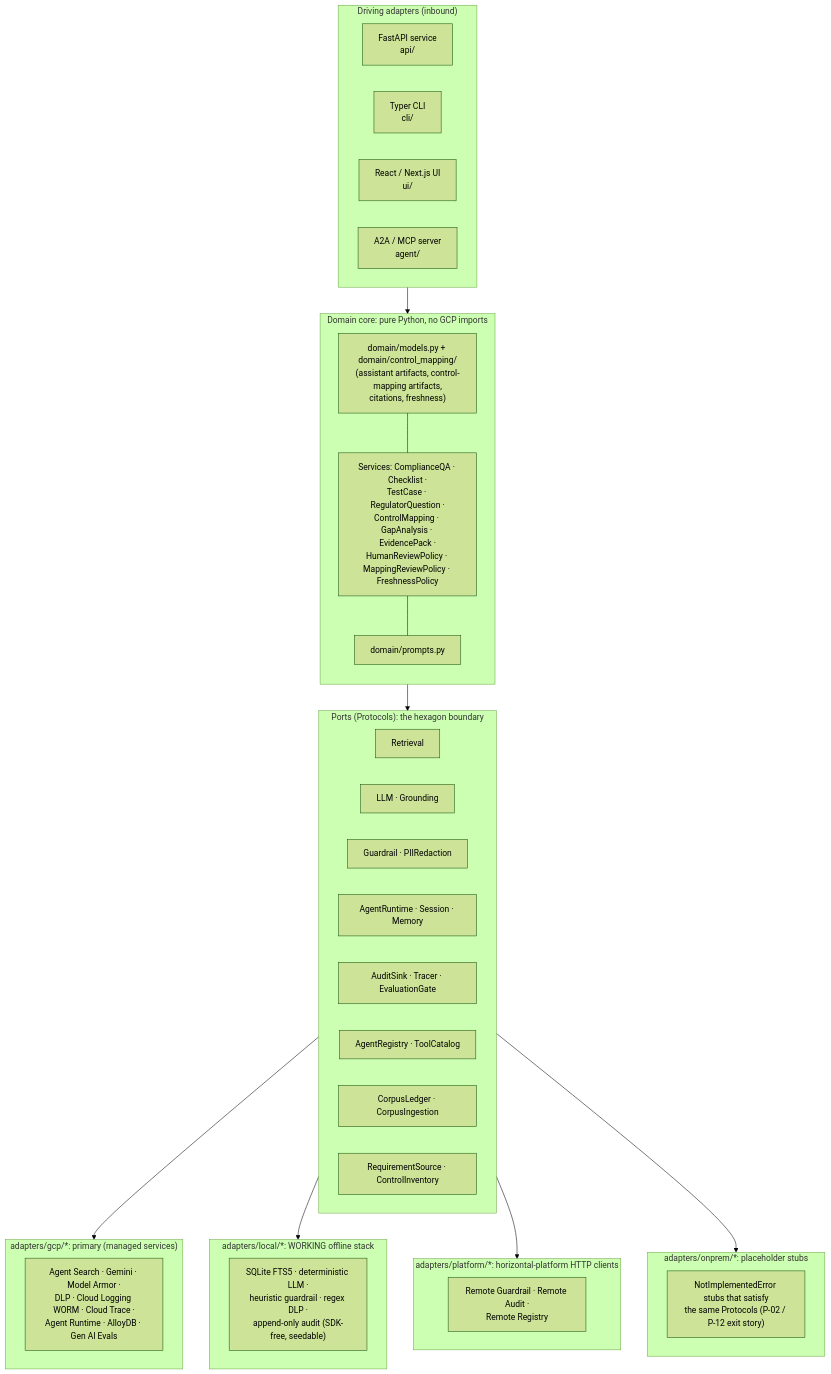
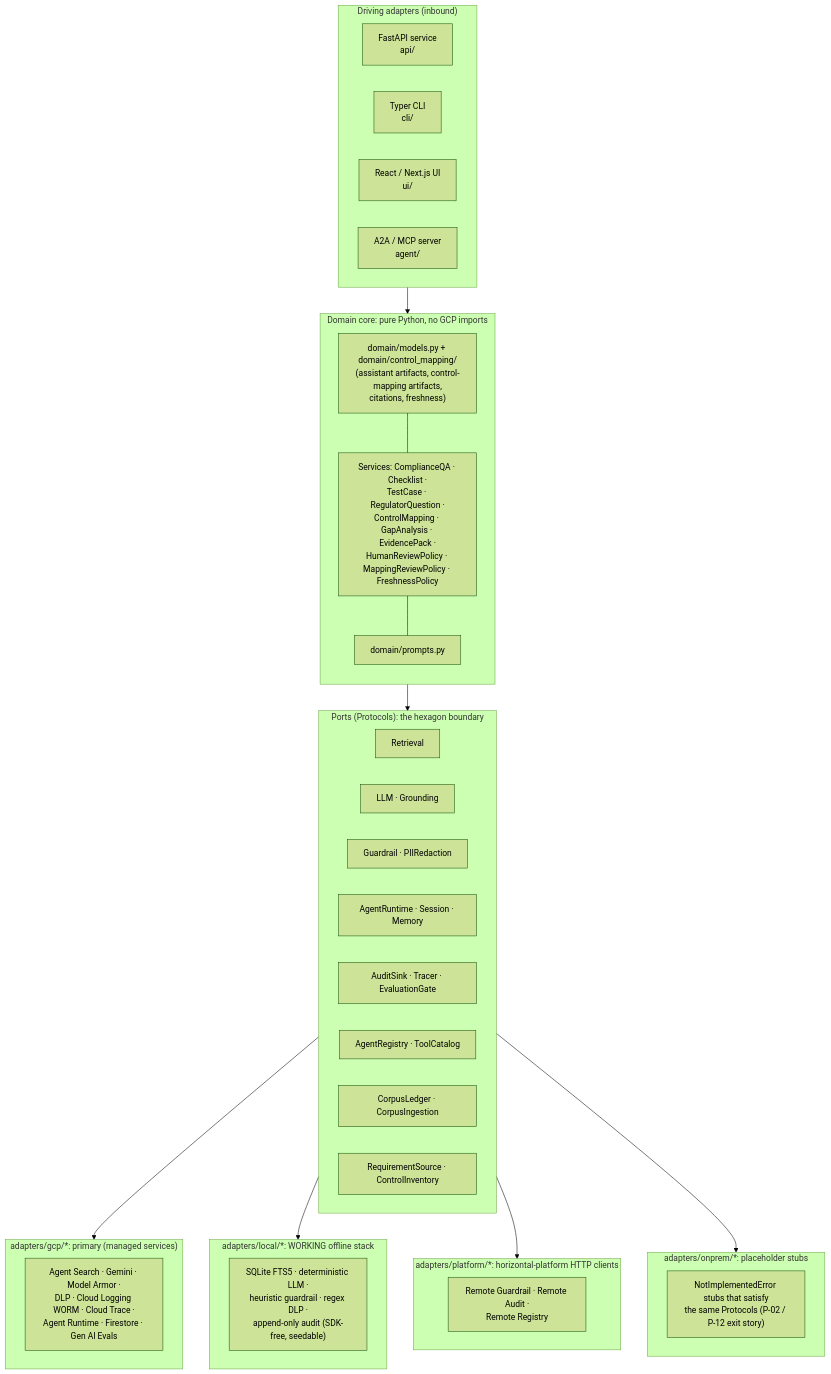
Before and after one commit to portable-genai/compliance-advisory: the first of 3 diagrams in README.md, drawn with Mermaid (forest theme). The commit also changed other lines of this file and 56 other files, not shown here.

````diff
--- a/README.md
+++ b/README.md
@@ -102,48 +102,48 @@
 ```mermaid
 flowchart TB
     subgraph edges["Driving adapters (inbound)"]
         API["FastAPI service<br/>api/"]
         CLI["Typer CLI<br/>cli/"]
         UI["React / Next.js UI<br/>ui/"]
         A2A["A2A / MCP server<br/>agent/"]
     end
 
     subgraph core["Domain core: pure Python, no GCP imports"]
         direction TB
         MODELS["domain/models.py + domain/control_mapping/<br/>(assistant artifacts, control-mapping artifacts,<br/>citations, freshness)"]
         SVCS["Services: ComplianceQA · Checklist ·<br/>TestCase · RegulatorQuestion ·<br/>ControlMapping · GapAnalysis · EvidencePack ·<br/>HumanReviewPolicy · MappingReviewPolicy · FreshnessPolicy"]
         PROMPTS["domain/prompts.py"]
         MODELS --- SVCS --- PROMPTS
     end
 
     subgraph ports["Ports (Protocols): the hexagon boundary"]
         P1["Retrieval"]
         P2["LLM · Grounding"]
         P3["Guardrail · PIIRedaction"]
         P4["AgentRuntime · Session · Memory"]
         P5["AuditSink · Tracer · EvaluationGate"]
         P6["AgentRegistry · ToolCatalog"]
         P7["CorpusLedger · CorpusIngestion"]
         P8["RequirementSource · ControlInventory"]
     end
 
     subgraph gcp["adapters/gcp/*: primary (managed services)"]
-        G["Agent Search · Gemini · Model Armor ·<br/>DLP · Cloud Logging WORM · Cloud Trace ·<br/>Agent Runtime · AlloyDB · Gen AI Evals"]
+        G["Agent Search · Gemini · Model Armor ·<br/>DLP · Cloud Logging WORM · Cloud Trace ·<br/>Agent Runtime · Firestore · Gen AI Evals"]
     end
     subgraph loc["adapters/local/*: WORKING offline stack"]
         LO["SQLite FTS5 · deterministic LLM ·<br/>heuristic guardrail · regex DLP ·<br/>append-only audit (SDK-free, seedable)"]
     end
     subgraph plat["adapters/platform/*: horizontal-platform HTTP clients"]
         PL["Remote Guardrail · Remote Audit ·<br/>Remote Registry"]
     end
     subgraph onp["adapters/onprem/*: placeholder stubs"]
         ON["NotImplementedError stubs that satisfy<br/>the same Protocols (P-02 / P-12 exit story)"]
     end
 
     edges --> core
     core --> ports
     ports --> gcp
     ports --> loc
     ports --> plat
     ports --> onp
 ```
````
